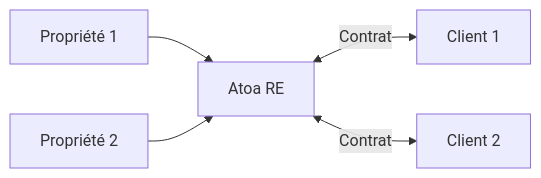
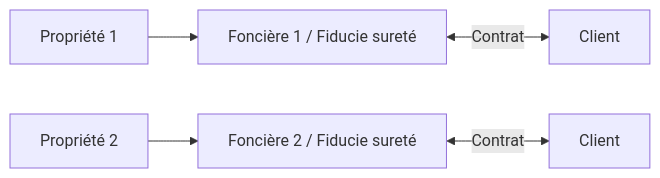
Before and after one commit to minus78/minus78.github.io: the diagram in _posts/2022-11-10-Atoa.markdown, drawn with Mermaid. The commit also changed other lines of this file and 6 other files, not shown here.

````diff
--- a/_posts/2022-11-10-Atoa.markdown
+++ b/_posts/2022-11-10-Atoa.markdown
@@ -32,8 +45,9 @@
 ```mermaid
 flowchart LR
-    A[Atoa RE]
+    A[Foncière 1 / Fiducie sureté]
+    BF[Foncière 2 / Fiducie sureté]
     A1[Propriété 1] --> A
-    A2[Propriété 2] --> A
-    A <-- Contrat --> B[Client 1]
-    A <-- Contrat --> C[Client 2]
+    A2[Propriété 2] --> BF
+    A <-- Contrat --> B[Client]
+    BF <-- Contrat --> C[Client]
 ```
````
